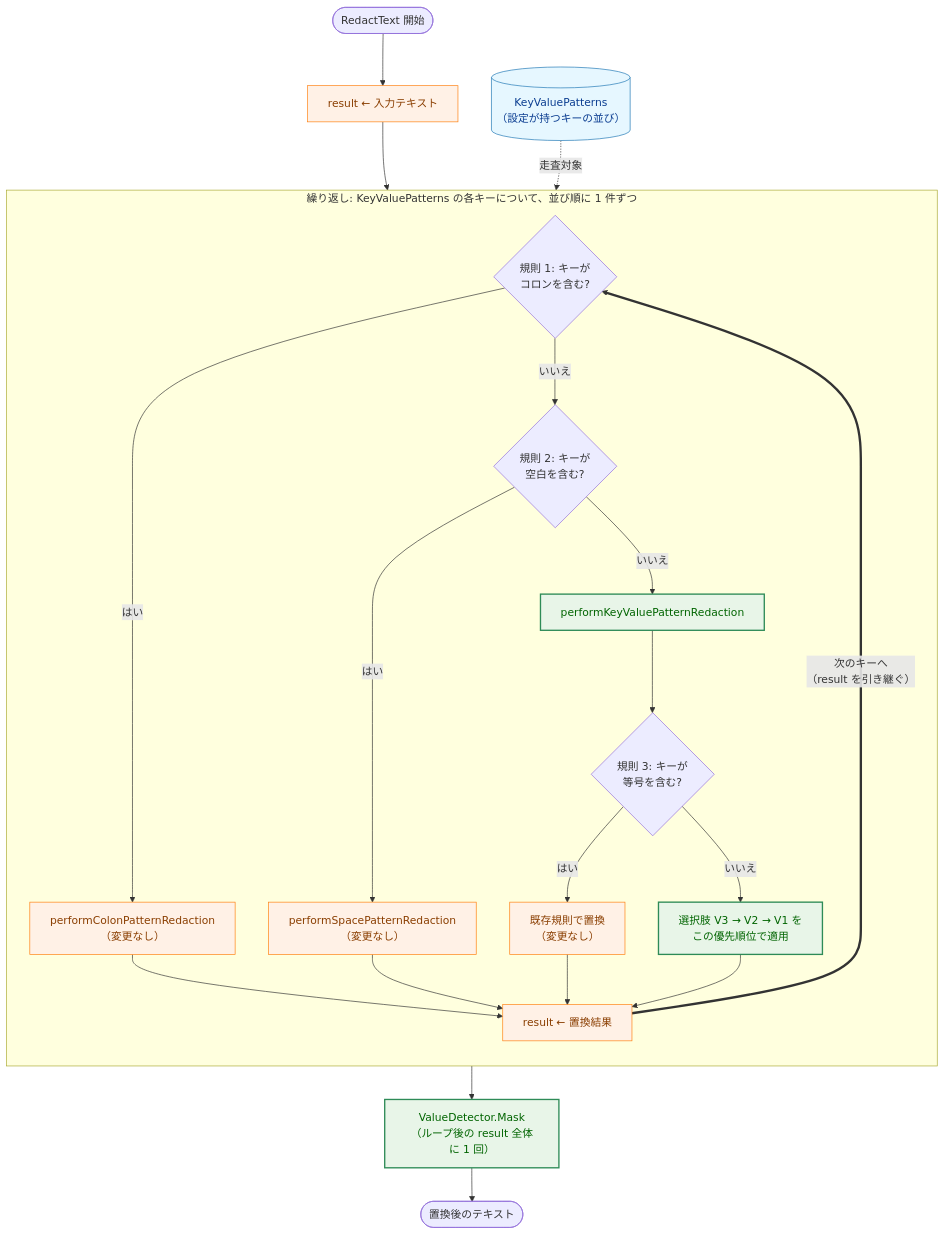
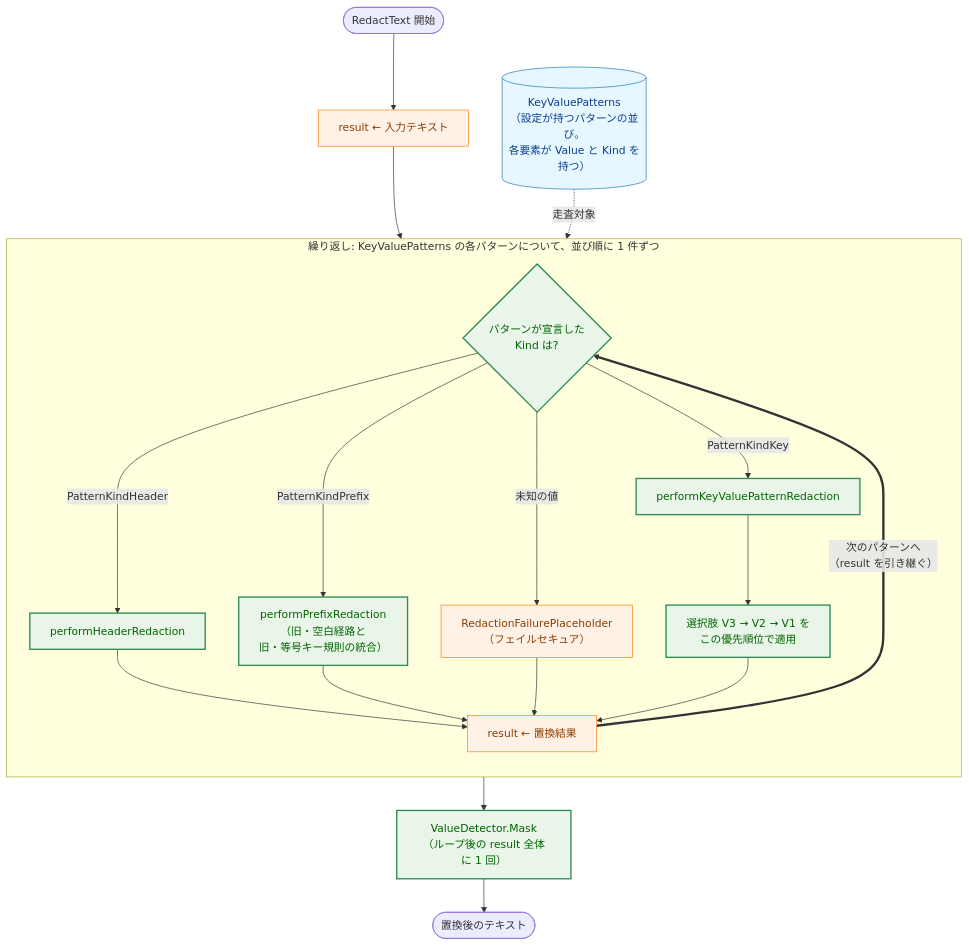
The ninth of 10 diagrams in docs/tasks/0163_redaction_coverage_and_slack_async/02_architecture.md (isseis/go-safe-cmd-runner), drawn with Mermaid before and after one commit. The commit also changed other lines of this file and 6 other files, not shown here.

````diff
--- a/docs/tasks/0163_redaction_coverage_and_slack_async/02_architecture.md
+++ b/docs/tasks/0163_redaction_coverage_and_slack_async/02_architecture.md
@@ -1164,36 +1197,34 @@
 ```mermaid
 flowchart TD
     classDef data fill:#e6f7ff,stroke:#1f77b4,stroke-width:1px,color:#0b3d91;
     classDef process fill:#fff1e6,stroke:#ff7f0e,stroke-width:1px,color:#8a3e00;
     classDef enhanced fill:#e8f5e8,stroke:#2e8b57,stroke-width:2px,color:#006400;
 
     S(["RedactText 開始"]) --> INIT["result ← 入力テキスト"]
-    KVP[("KeyValuePatterns<br>（設定が持つキーの並び）")] -.->|"走査対象"| LOOP
+    KVP[("KeyValuePatterns<br>（設定が持つパターンの並び。<br>各要素が Value と Kind を持つ）")] -.->|"走査対象"| LOOP
     INIT --> C1
 
-    subgraph LOOP["繰り返し: KeyValuePatterns の各キーについて、並び順に 1 件ずつ"]
+    subgraph LOOP["繰り返し: KeyValuePatterns の各パターンについて、並び順に 1 件ずつ"]
         direction TB
-        C1{"規則 1: キーが<br>コロンを含む?"}
-        C1 -->|"はい"| COLON["performColonPatternRedaction<br>（変更なし）"]
-        C1 -->|"いいえ"| C2{"規則 2: キーが<br>空白を含む?"}
-        C2 -->|"はい"| SPACE["performSpacePatternRedaction<br>（変更なし）"]
-        C2 -->|"いいえ"| KV["performKeyValuePatternRedaction"]
+        C1{"パターンが宣言した<br>Kind は?"}
+        C1 -->|"PatternKindHeader"| HEADER["performHeaderRedaction"]
+        C1 -->|"PatternKindPrefix"| PREFIX["performPrefixRedaction<br>（旧・空白経路と<br>旧・等号キー規則の統合）"]
+        C1 -->|"PatternKindKey"| KV["performKeyValuePatternRedaction"]
+        C1 -->|"未知の値"| FAIL["RedactionFailurePlaceholder<br>（フェイルセキュア）"]
 
-        KV --> C3{"規則 3: キーが<br>等号を含む?"}
-        C3 -->|"はい"| KEEP["既存規則で置換<br>（変更なし）"]
-        C3 -->|"いいえ"| FORM["選択肢 V3 → V2 → V1 を<br>この優先順位で適用"]
+        KV --> FORM["選択肢 V3 → V2 → V1 を<br>この優先順位で適用"]
 
-        COLON --> UPD["result ← 置換結果"]
-        SPACE --> UPD
-        KEEP --> UPD
+        HEADER --> UPD["result ← 置換結果"]
+        PREFIX --> UPD
+        FAIL --> UPD
         FORM --> UPD
-        UPD ==>|"次のキーへ<br>（result を引き継ぐ）"| C1
+        UPD ==>|"次のパターンへ<br>（result を引き継ぐ）"| C1
     end
 
     UPD --> VD["ValueDetector.Mask<br>（ループ後の result 全体に 1 回）"]
     VD --> E(["置換後のテキスト"])
 
     class KVP data
-    class KV,FORM,VD enhanced
-    class COLON,SPACE,KEEP,INIT,UPD process
+    class C1,KV,FORM,HEADER,PREFIX,VD enhanced
+    class FAIL,INIT,UPD process
 ```
````
